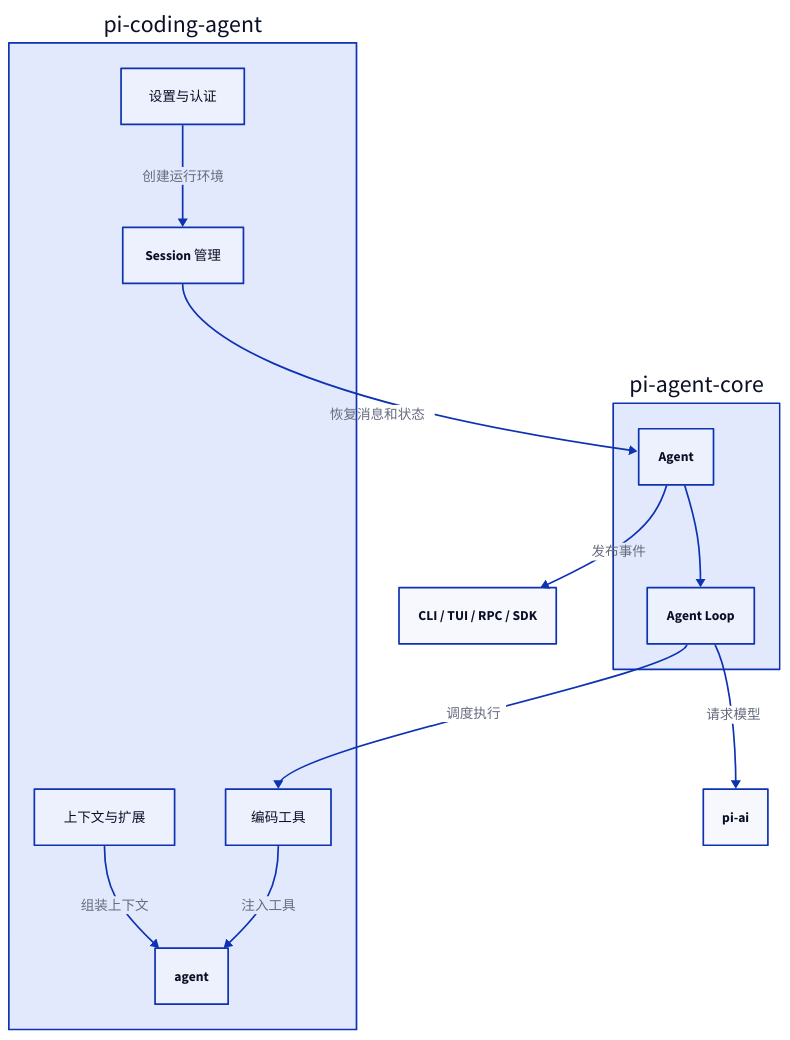
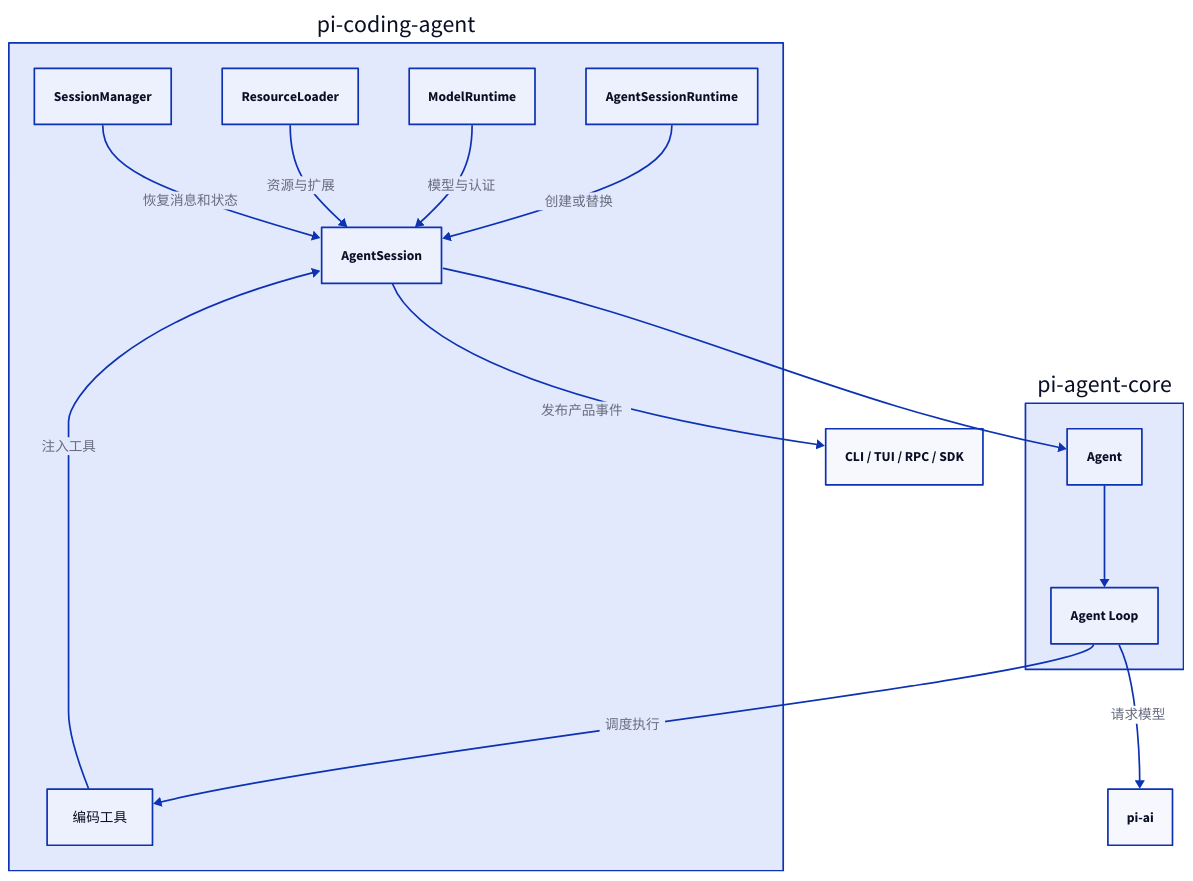
The diagram in apps/docs/ai/Pi Agent/coding-agent 如何把运行时变成编码 Agent.md (youngluo/thinking), drawn with D2 before and after one commit. The commit also changed other lines of this file and 15 other files, not shown here.

````diff
--- a/apps/docs/ai/Pi Agent/coding-agent 如何把运行时变成编码 Agent.md
+++ b/apps/docs/ai/Pi Agent/coding-agent 如何把运行时变成编码 Agent.md
@@ -28,27 +37,31 @@
 ```d2 fold
 direction: down
 
 product: pi-coding-agent {
   class: group
-  config: "设置与认证"
-  resources: "上下文与扩展"
+  sessionRuntime: AgentSessionRuntime
+  agentSession: AgentSession
+  modelRuntime: ModelRuntime
+  resources: ResourceLoader
   tools: 编码工具
-  session: "Session 管理"
+  sessionManager: SessionManager
 }
 runtime: pi-agent-core {
   class: group
   agent: Agent
   loop: "Agent Loop"
 }
 model: pi-ai
 surface: "CLI / TUI / RPC / SDK"
 
-product.config -> product.session: 创建运行环境
-product.resources -> product.agent: 组装上下文
-product.tools -> product.agent: 注入工具
-product.session -> runtime.agent: 恢复消息和状态
+product.sessionRuntime -> product.agentSession: 创建或替换
+product.modelRuntime -> product.agentSession: 模型与认证
+product.resources -> product.agentSession: 资源与扩展
+product.tools -> product.agentSession: 注入工具
+product.sessionManager -> product.agentSession: 恢复消息和状态
+product.agentSession -> runtime.agent
 runtime.agent -> runtime.loop
 runtime.loop -> model: 请求模型
 runtime.loop -> product.tools: 调度执行
-runtime.agent -> surface: 发布事件
+product.agentSession -> surface: 发布产品事件
 ```
````
